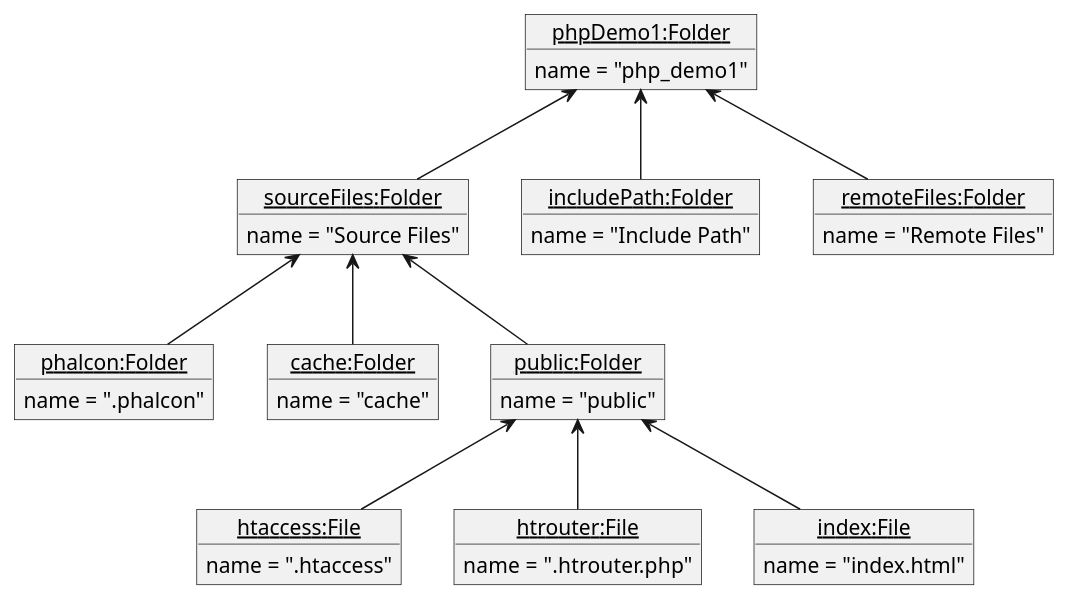
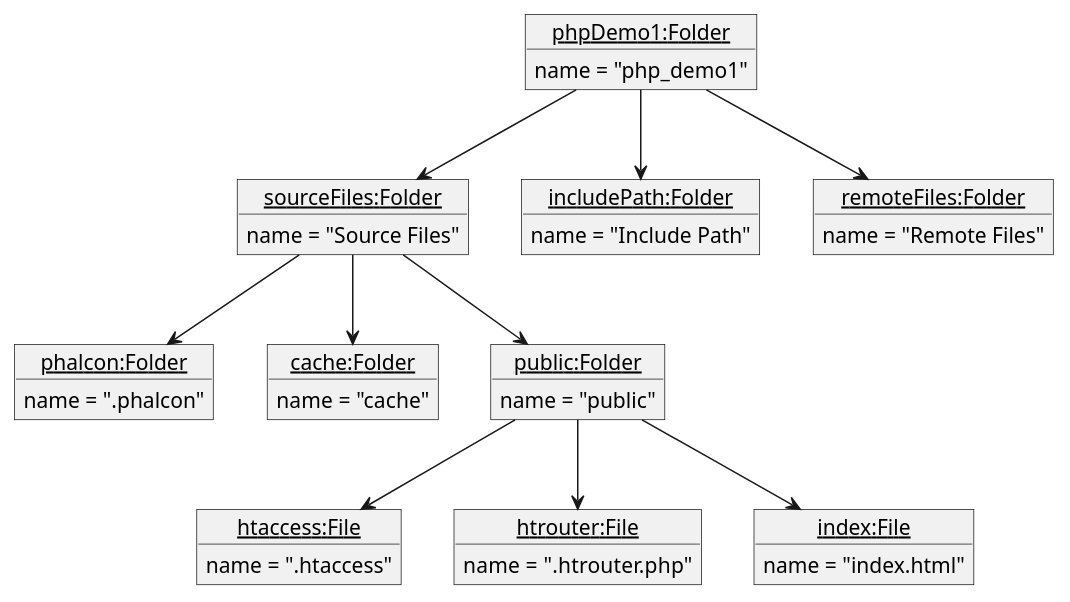
The diagram in HW3/src/File_ClassDiagram.puml (HsiehGrace/CS5800_SDLC), drawn with PlantUML before and after one commit. The commit also changed 1 other file, not shown here.

Commit message:
Class Diagram Finish

```diff
--- a/HW3/src/File_ClassDiagram.puml
+++ b/HW3/src/File_ClassDiagram.puml
@@ -1,51 +1,51 @@
 @startuml
 
 object "<u>phpDemo1:Folder</u>" as head{
     name = "php_demo1"
 }
 
 object "<u>sourceFiles:Folder</u>" as sf{
     name = "Source Files"
 }
 object "<u>includePath:Folder</u>" as ip{
     name = "Include Path"
 }
 object "<u>remoteFiles:Folder</u>" as rf{
     name = "Remote Files"
 }
 
-head <-- sf
-head <-- ip
-head <-- rf
+head --> sf
+head --> ip
+head --> rf
 
 object "<u>phalcon:Folder</u>" as ph{
     name = ".phalcon"
 }
 object "<u>cache:Folder</u>" as ca{
     name = "cache"
 }
 object "<u>public:Folder</u>" as pu{
     name = "public"
 }
 
-sf <-- ph
-sf <-- ca
-sf <-- pu
+sf --> ph
+sf --> ca
+sf --> pu
 
 object "<u>htaccess:File</u>" as hta{
     name = ".htaccess"
 }
 object "<u>htrouter:File</u>" as htr{
     name = ".htrouter.php"
 }
 object "<u>index:File</u>" as index{
     name = "index.html"
 }
 
-pu <-- hta
-pu <-- htr
-pu <-- index
+pu --> hta
+pu --> htr
+pu --> index
 
 
 
 @enduml
```
